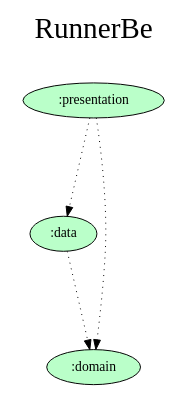
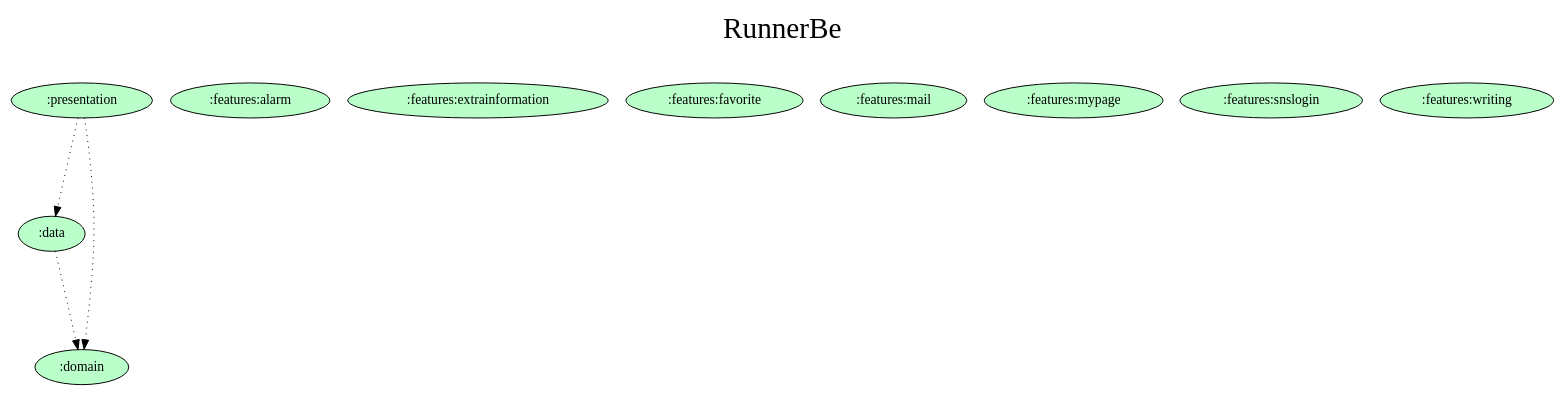
Before and after one commit to jisungbin/RunnerBe-Android: the diagram in gradle/dependency-graph/project.dot, drawn with Graphviz. The commit also changed 21 other files, not shown here.

```diff
--- a/gradle/dependency-graph/project.dot
+++ b/gradle/dependency-graph/project.dot
@@ -1,19 +1,26 @@
 digraph {
   graph [label="RunnerBe\n ",labelloc=t,fontsize=30,ranksep=1.4];
   node [style=filled, fillcolor="#bbbbbb"];
   rankdir=TB;
 
   # Projects
 
   ":data" [fillcolor="#baffc9"];
   ":domain" [fillcolor="#baffc9"];
+  ":features:alarm" [fillcolor="#baffc9"];
+  ":features:extrainformation" [fillcolor="#baffc9"];
+  ":features:favorite" [fillcolor="#baffc9"];
+  ":features:mail" [fillcolor="#baffc9"];
+  ":features:mypage" [fillcolor="#baffc9"];
+  ":features:snslogin" [fillcolor="#baffc9"];
+  ":features:writing" [fillcolor="#baffc9"];
   ":presentation" [fillcolor="#baffc9"];
 
   {rank = same;}
 
   # Dependencies
 
   ":data" -> ":domain" [style=dotted]
   ":presentation" -> ":data" [style=dotted]
   ":presentation" -> ":domain" [style=dotted]
 }
```
